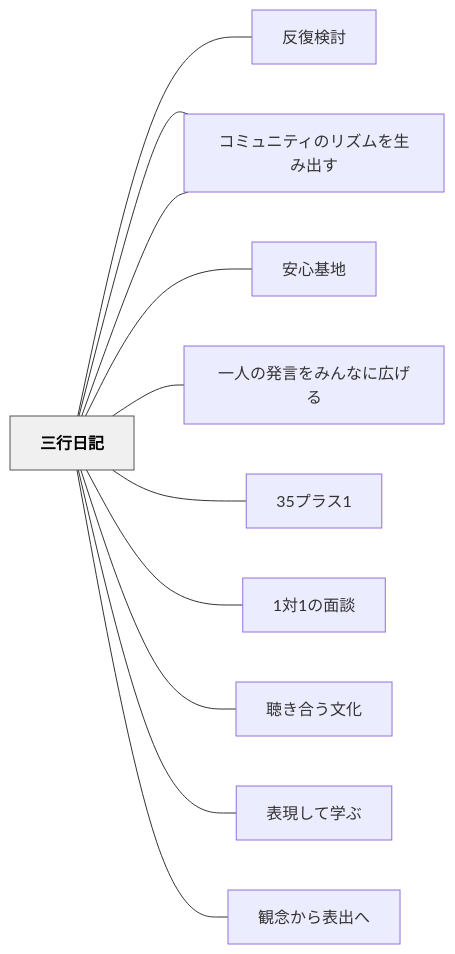
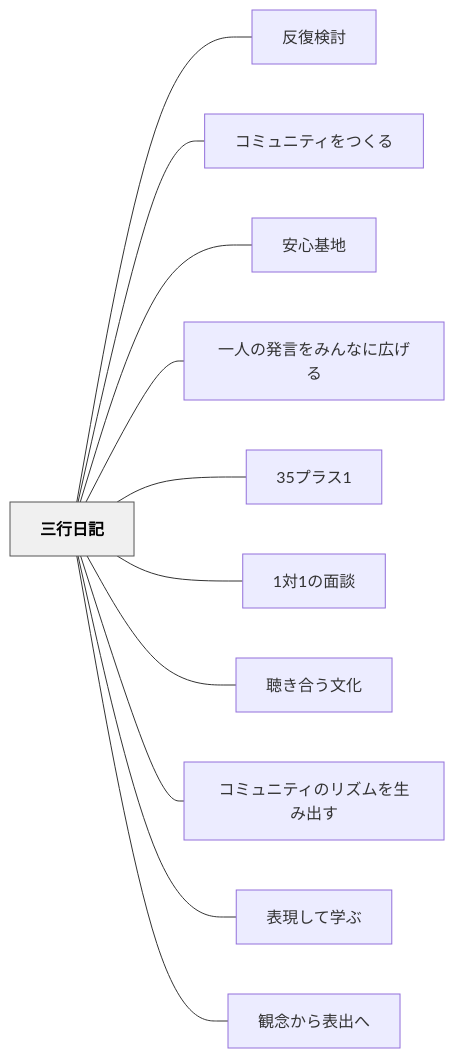
One commit to unknownthings-ed-patterns/unknownthings-ed-patterns changed the diagram in content/パタン/三行日記.md. Above: the diagram before and after it, drawn with Mermaid. The commit also changed 527 other files, not shown here.

````diff
--- a/content/パタン/三行日記.md
+++ b/content/パタン/三行日記.md
@@ -80,28 +80,28 @@
 ```mermaid
 flowchart LR
-    ne4b889e8a18c["三行日記"]
-    ne58f8de5bea9["反復検討"]
-    ne382b3e3839f["コミュニティをつくる"]
-    ne5ae89e5bf83["安心基地"]
-    ne4b880e4baba["一人の発言をみんなに広げる"]
-    n3335e38397e3["35プラス1"]
-    n31e5afbe31e3["1対1の面談"]
-    ne881b4e3818d["聴き合う文化"]
-    ne382b3e3839f["コミュニティのリズムを生み出す"]
-    ne8a1a8e78fbe["表現して学ぶ"]
-    ne8a6b3e5bfb5["観念から表出へ"]
+    ne4b889e8a18ce697a5e8a898["三行日記"]
+    ne58f8de5bea9e6a49ce8a88e["反復検討"]
+    ne382b3e3839fe383a5e3838be38386e382a3e38292e381a4e3818fe3828b["コミュニティをつくる"]
+    ne5ae89e5bf83e59fbae59cb0["安心基地"]
+    ne4b880e4babae381aee799bae8a880e38292e381bfe38293e381aae381abe5ba83e38192e3828b["一人の発言をみんなに広げる"]
+    n3335e38397e383a9e382b931["35プラス1"]
+    n31e5afbe31e381aee99da2e8ab87["1対1の面談"]
+    ne881b4e3818de59088e38186e69687e58c96["聴き合う文化"]
+    ne382b3e3839fe383a5e3838be38386e382a3e381aee383aae382bae383a0e38292e7949fe381bfe587bae38199["コミュニティのリズムを生み出す"]
+    ne8a1a8e78fbee38197e381a6e5ada6e381b6["表現して学ぶ"]
+    ne8a6b3e5bfb5e3818be38289e8a1a8e587bae381b8["観念から表出へ"]
 
-    ne4b889e8a18c --- ne58f8de5bea9
-    ne4b889e8a18c --- ne382b3e3839f
-    ne4b889e8a18c --- ne5ae89e5bf83
-    ne4b889e8a18c --- ne4b880e4baba
-    ne4b889e8a18c --- n3335e38397e3
-    ne4b889e8a18c --- n31e5afbe31e3
-    ne4b889e8a18c --- ne881b4e3818d
-    ne4b889e8a18c --- ne382b3e3839f
-    ne4b889e8a18c --- ne8a1a8e78fbe
-    ne4b889e8a18c --- ne8a6b3e5bfb5
+    ne4b889e8a18ce697a5e8a898 --- ne58f8de5bea9e6a49ce8a88e
+    ne4b889e8a18ce697a5e8a898 --- ne382b3e3839fe383a5e3838be38386e382a3e38292e381a4e3818fe3828b
+    ne4b889e8a18ce697a5e8a898 --- ne5ae89e5bf83e59fbae59cb0
+    ne4b889e8a18ce697a5e8a898 --- ne4b880e4babae381aee799bae8a880e38292e381bfe38293e381aae381abe5ba83e38192e3828b
+    ne4b889e8a18ce697a5e8a898 --- n3335e38397e383a9e382b931
+    ne4b889e8a18ce697a5e8a898 --- n31e5afbe31e381aee99da2e8ab87
+    ne4b889e8a18ce697a5e8a898 --- ne881b4e3818de59088e38186e69687e58c96
+    ne4b889e8a18ce697a5e8a898 --- ne382b3e3839fe383a5e3838be38386e382a3e381aee383aae382bae383a0e38292e7949fe381bfe587bae38199
+    ne4b889e8a18ce697a5e8a898 --- ne8a1a8e78fbee38197e381a6e5ada6e381b6
+    ne4b889e8a18ce697a5e8a898 --- ne8a6b3e5bfb5e3818be38289e8a1a8e587bae381b8
 
     classDef hub fill:#f0f0f0,stroke:#555,color:#000,font-weight:bold
-    class ne4b889e8a18c hub
+    class ne4b889e8a18ce697a5e8a898 hub
 ```
````
